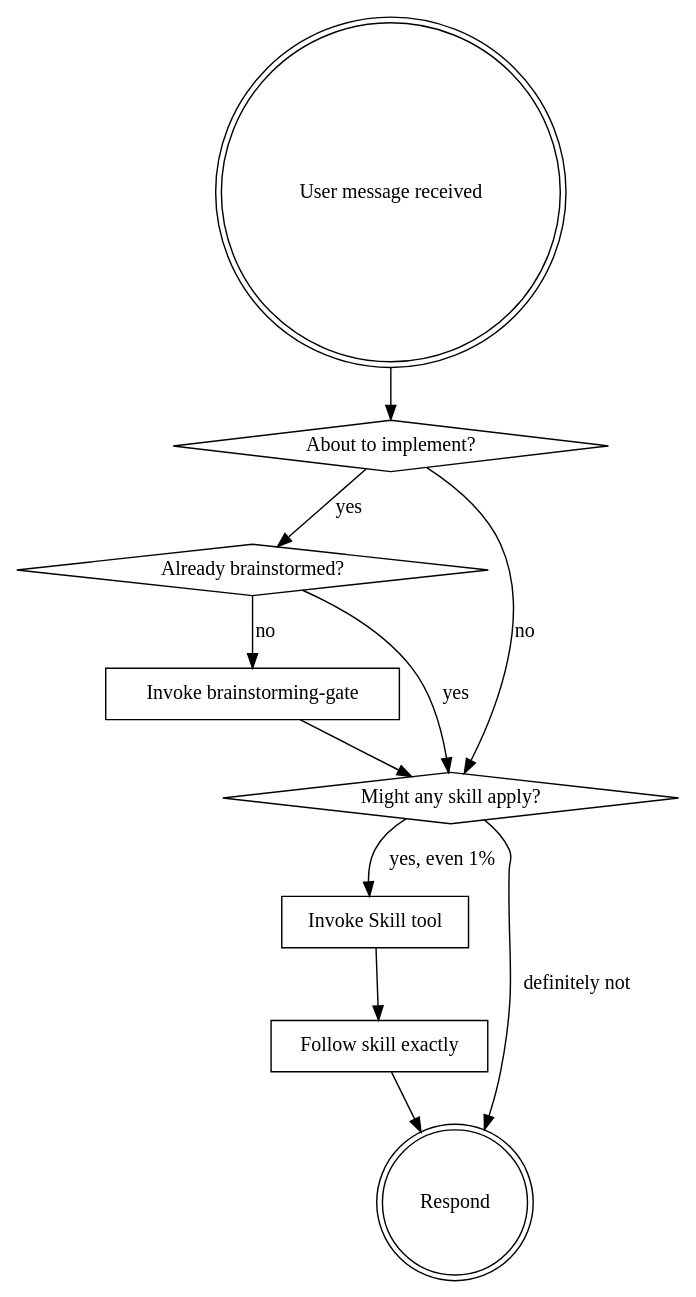
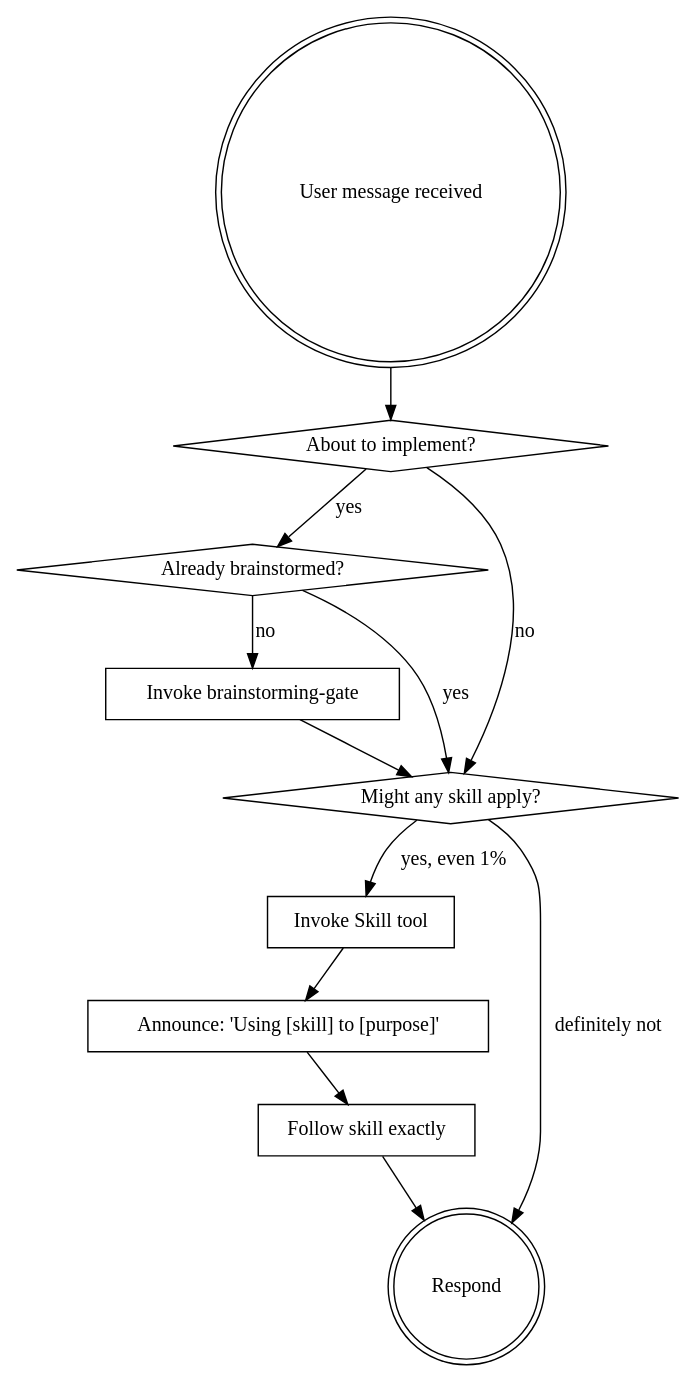
The diagram in nx/skills/using-nx-skills/SKILL.md (Hellblazer/nexus), drawn with Graphviz before and after one commit. The commit also changed other lines of this file and 4 other files, not shown here.

First line of the commit message:
feat: polish using-nx-skills — skill directory, announce step, red flags, registry triggers (#39)

````diff
--- a/nx/skills/using-nx-skills/SKILL.md
+++ b/nx/skills/using-nx-skills/SKILL.md
@@ -22,23 +22,25 @@
 ```dot
 digraph skill_flow {
     "User message received" [shape=doublecircle];
     "About to implement?" [shape=diamond];
     "Already brainstormed?" [shape=diamond];
     "Invoke brainstorming-gate" [shape=box];
     "Might any skill apply?" [shape=diamond];
     "Invoke Skill tool" [shape=box];
+    "Announce: 'Using [skill] to [purpose]'" [shape=box];
     "Follow skill exactly" [shape=box];
     "Respond" [shape=doublecircle];
 
     "User message received" -> "About to implement?";
     "About to implement?" -> "Already brainstormed?" [label="yes"];
     "About to implement?" -> "Might any skill apply?" [label="no"];
     "Already brainstormed?" -> "Invoke brainstorming-gate" [label="no"];
     "Already brainstormed?" -> "Might any skill apply?" [label="yes"];
     "Invoke brainstorming-gate" -> "Might any skill apply?";
     "Might any skill apply?" -> "Invoke Skill tool" [label="yes, even 1%"];
     "Might any skill apply?" -> "Respond" [label="definitely not"];
-    "Invoke Skill tool" -> "Follow skill exactly";
+    "Invoke Skill tool" -> "Announce: 'Using [skill] to [purpose]'";
+    "Announce: 'Using [skill] to [purpose]'" -> "Follow skill exactly";
     "Follow skill exactly" -> "Respond";
 }
 ```
````
